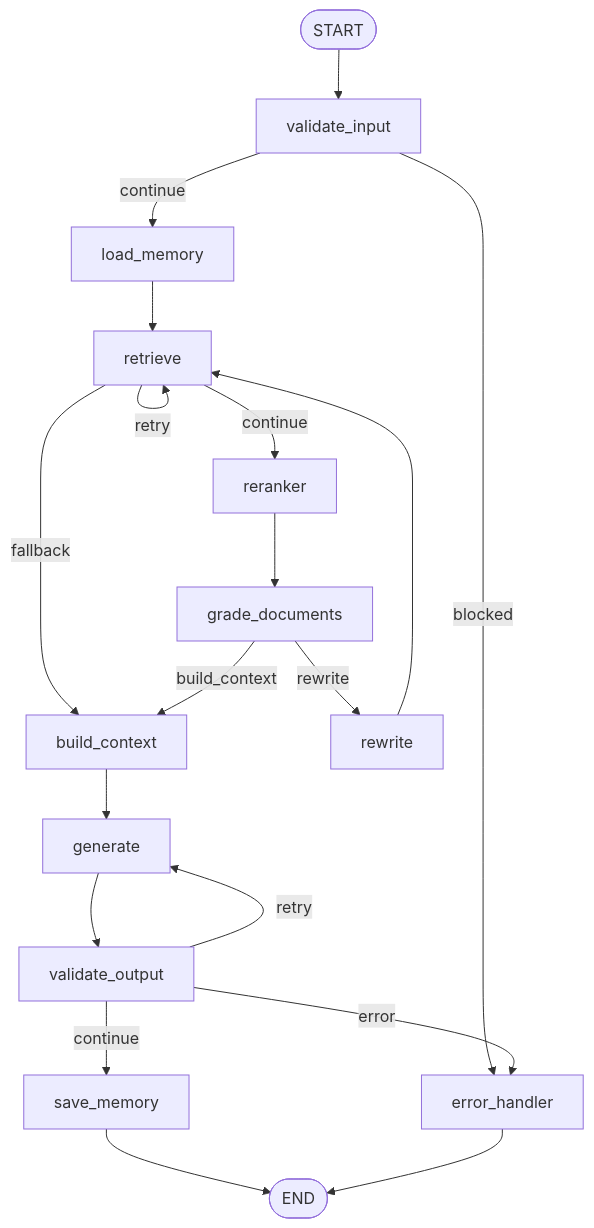
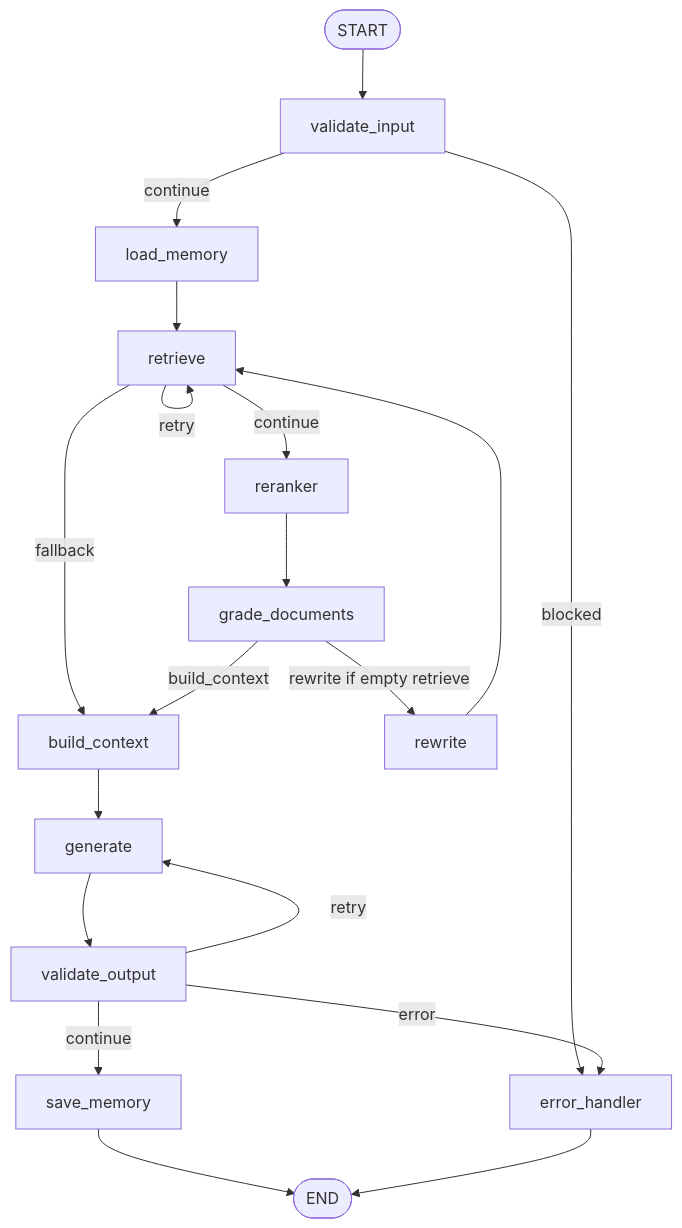
One commit to selftaughtrahul/production_rag changed the fourth of 7 diagrams in PROJECT_WORKFLOW.md. Above: the diagram before and after it, drawn with Mermaid. The commit also changed other lines of this file, not shown here.

First line of the commit message:
docs: update PROJECT_WORKFLOW.md to reflect current architecture and project structure

````diff
--- a/PROJECT_WORKFLOW.md
+++ b/PROJECT_WORKFLOW.md
@@ -178,21 +216,21 @@
 ```mermaid
 flowchart TD
     START([START]) --> validate_input
     validate_input -->|blocked| error_handler
     validate_input -->|continue| load_memory
     load_memory --> retrieve
     retrieve -->|retry| retrieve
     retrieve -->|fallback| build_context
     retrieve -->|continue| reranker
     reranker --> grade_documents
-    grade_documents -->|rewrite| rewrite
+    grade_documents -->|rewrite if empty retrieve| rewrite
     grade_documents -->|build_context| build_context
     rewrite --> retrieve
     build_context --> generate
     generate --> validate_output
     validate_output -->|retry| generate
     validate_output -->|continue| save_memory
     validate_output -->|error| error_handler
     save_memory --> END([END])
     error_handler --> END
 ```
````
